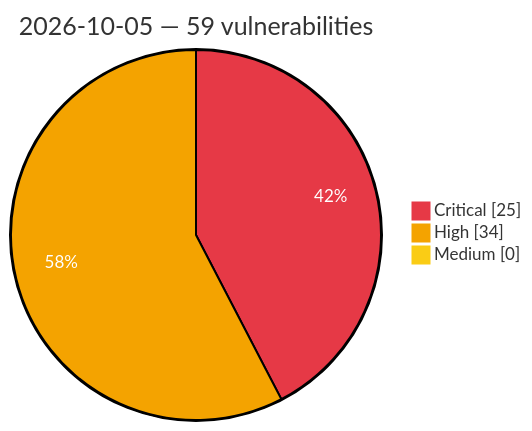
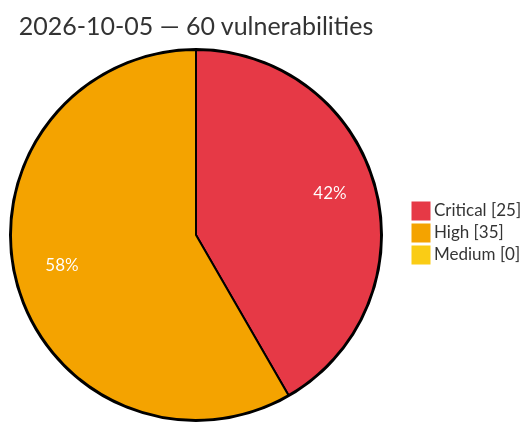
The diagram in vulnerabilities/2026/October/2026-10-05.md (GhostX0X/vuln-tracker), drawn with Mermaid before and after one commit. The commit also changed other lines of this file and 8 other files, not shown here.

````diff
--- a/vulnerabilities/2026/October/2026-10-05.md
+++ b/vulnerabilities/2026/October/2026-10-05.md
@@ -3,8 +3,8 @@
 ```mermaid
 %%{init: {'theme':'base', 'themeVariables': {'pie1':'#e63946', 'pie2':'#f4a300', 'pie3':'#facc15', 'pieOpacity':'1', 'pieOuterStrokeWidth':'2px', 'pieSectionTextColor':'#ffffff'}}}%%
 pie showData
-    title 2026-10-05 — 59 vulnerabilities
+    title 2026-10-05 — 60 vulnerabilities
     "Critical" : 25
-    "High" : 34
+    "High" : 35
     "Medium" : 0
 ```
````
